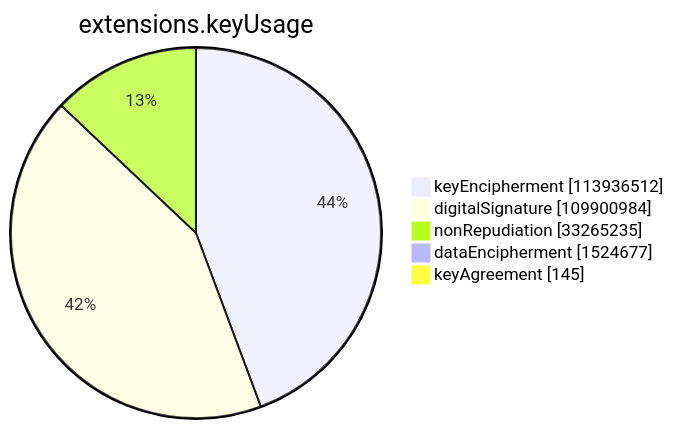
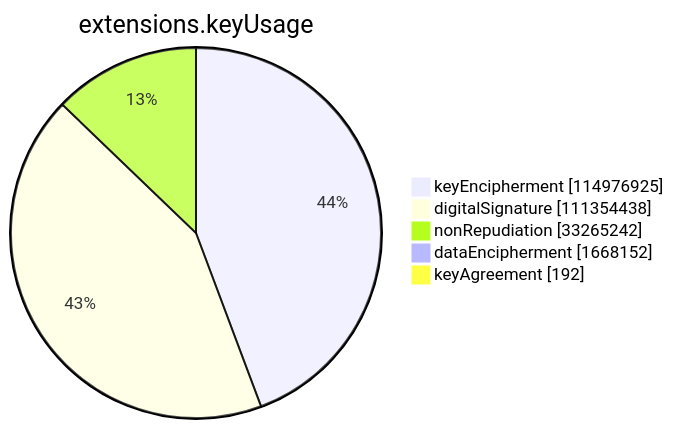
Before and after one commit to christiankrug/ctmonitor_visualization: the sixth of 15 diagrams in xenon2023/README.md, drawn with Mermaid. The commit also changed other lines of this file, not shown here.

````diff
--- a/xenon2023/README.md
+++ b/xenon2023/README.md
@@ -2134,9 +2136,9 @@
 ```mermaid
 pie showData
 title extensions.keyUsage
-"keyEncipherment" :113936512
-"digitalSignature" :109900984
-"nonRepudiation" :33265235
-"dataEncipherment" :1524677
-"keyAgreement" :145
+"keyEncipherment" :114976925
+"digitalSignature" :111354438
+"nonRepudiation" :33265242
+"dataEncipherment" :1668152
+"keyAgreement" :192
 ```
````
